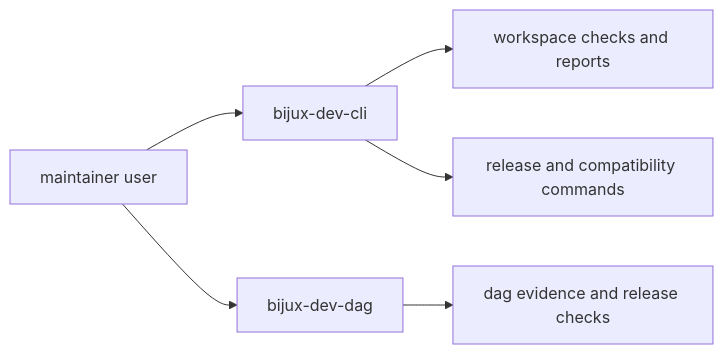
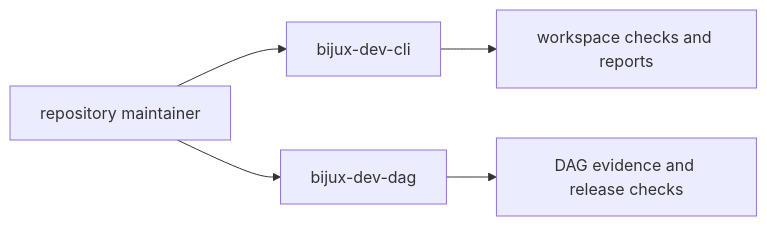
Before and after one commit to bijux/bijux-cli: the diagram in docs/bijux-dev/operations/command-surface.md, drawn with Mermaid. The commit also changed other lines of this file, not shown here.

Commit message:
docs(dev-operations): clarify the command surface page

````diff
--- a/docs/bijux-dev/operations/command-surface.md
+++ b/docs/bijux-dev/operations/command-surface.md
@@ -17,8 +19,7 @@
 ```mermaid
 flowchart LR
-    maintainer[maintainer user] --> dev_cli[bijux-dev-cli]
-    maintainer --> dev_dag[bijux-dev-dag]
-    dev_cli --> verify[workspace checks and reports]
-    dev_dag --> evidence[dag evidence and release checks]
-    dev_cli --> release[release and compatibility commands]
+    maintainer["repository maintainer"] --> dev_cli["bijux-dev-cli"]
+    maintainer --> dev_dag["bijux-dev-dag"]
+    dev_cli --> verify["workspace checks and reports"]
+    dev_dag --> evidence["DAG evidence and release checks"]
 ```
````
